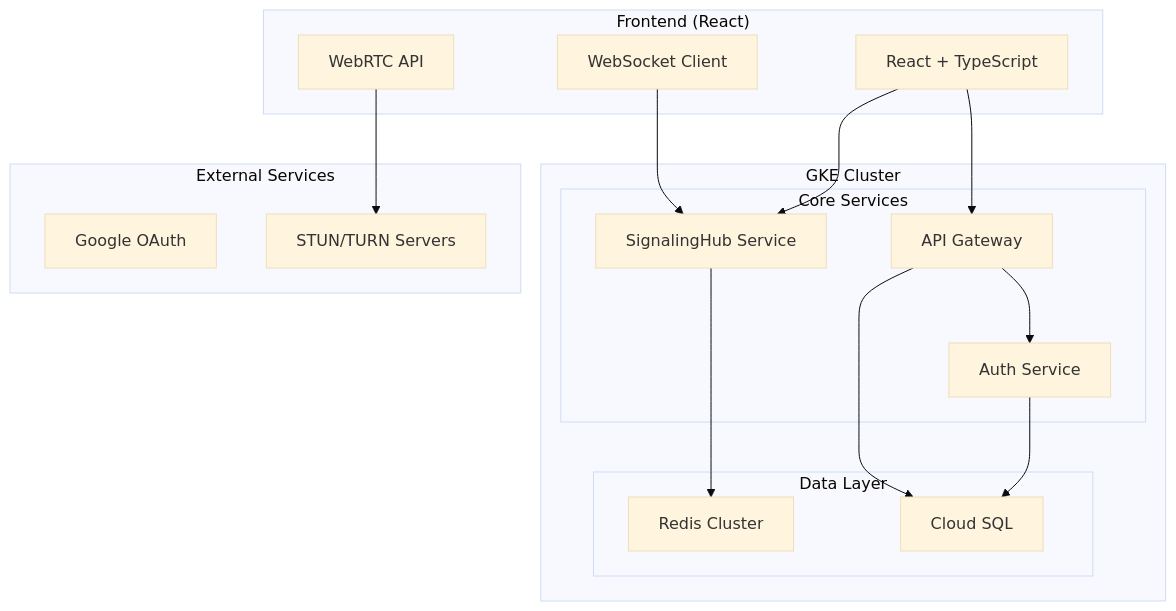
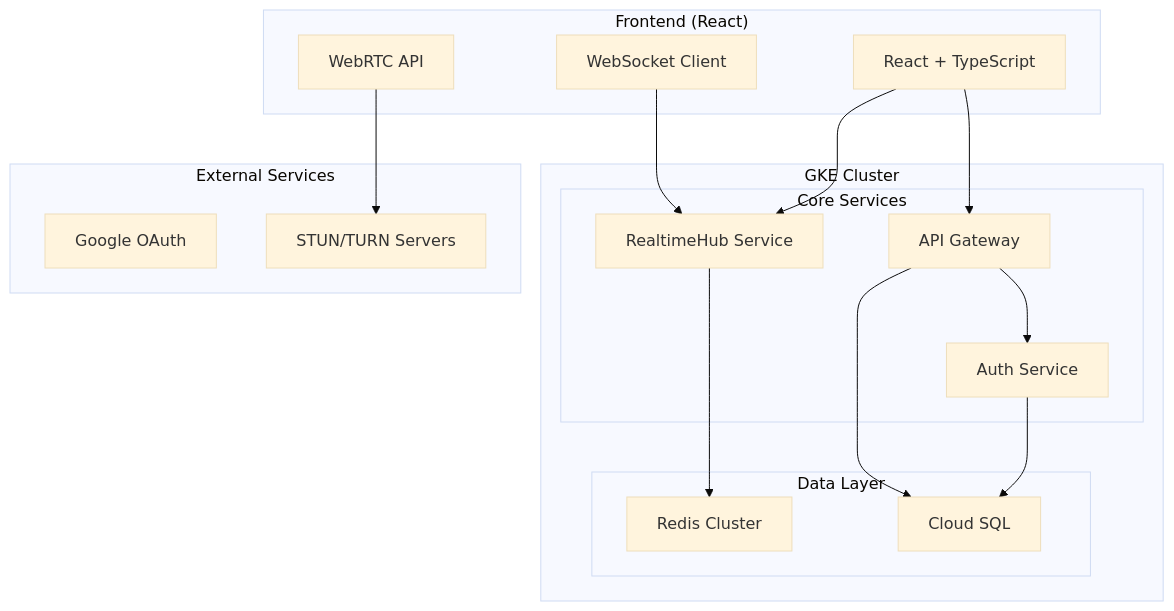
The diagram in README.md (ReoYabiku/cline-meet), drawn with Mermaid (base theme) before and after one commit. The commit also changed other lines of this file, not shown here.

Commit message:
RealtimeHub

````diff
--- a/README.md
+++ b/README.md
@@ -8,35 +8,35 @@
 ```mermaid
 graph TB
     subgraph "Frontend (React)"
         A[React + TypeScript]
         B[WebRTC API]
         C[WebSocket Client]
     end
     
     subgraph "GKE Cluster"
         subgraph "Core Services"
             D[API Gateway]
             E[Auth Service]
-            F[SignalingHub Service]
+            F[RealtimeHub Service]
         end
         
         subgraph "Data Layer"
             G[Redis Cluster]
             H[Cloud SQL]
         end
     end
     
     subgraph "External Services"
         I[Google OAuth]
         J[STUN/TURN Servers]
     end
     
     A --> D
     A --> F
     B --> J
     C --> F
     D --> E
     F --> G
     E --> H
     D --> H
 ```
````
